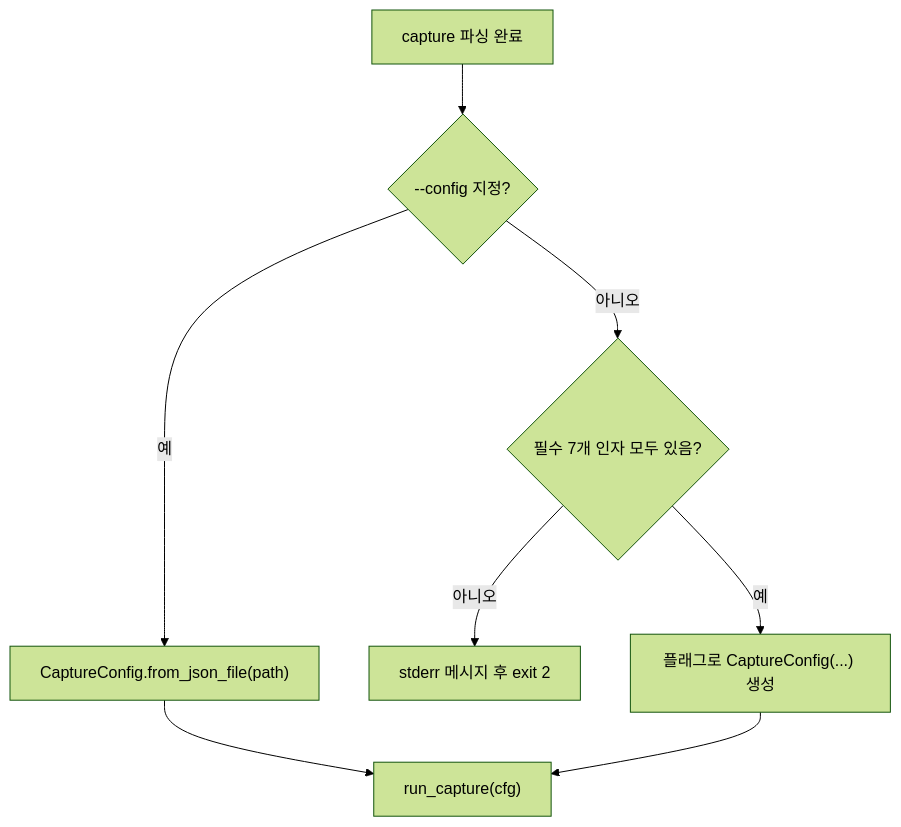
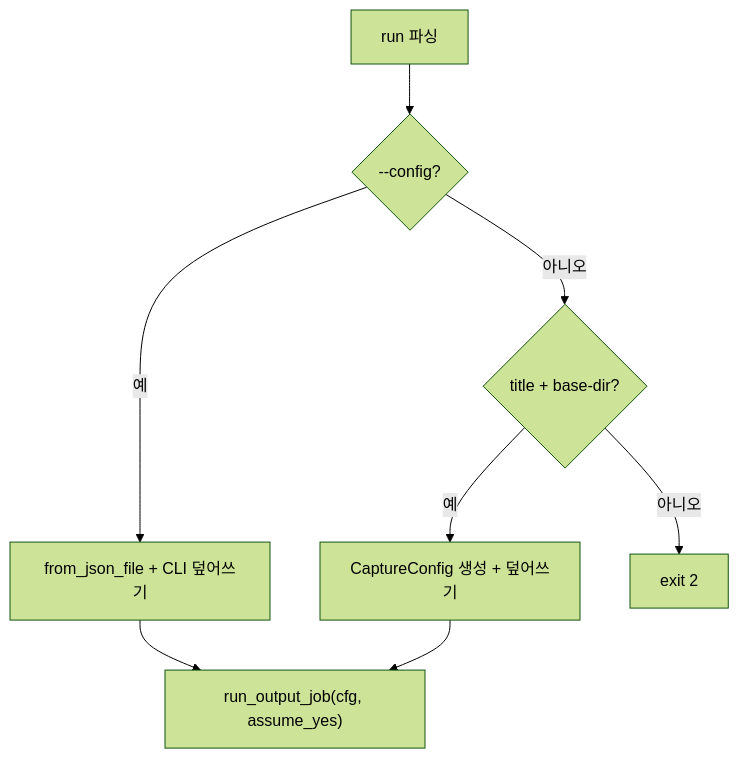
Before and after one commit to jangwonboo/ebook_capture: the second of 2 diagrams in FLOW.md, drawn with Mermaid (forest theme). The commit also changed other lines of this file and 14 other files, not shown here.

First line of the commit message:
Remove legacy CLI aliases, config modes, and outdated docs.

````diff
--- a/FLOW.md
+++ b/FLOW.md
@@ -70,10 +56,10 @@
 ```mermaid
 flowchart TD
-  A[capture 파싱 완료] --> B{--config 지정?}
-  B -->|예| C["CaptureConfig.from_json_file(path)"]
-  B -->|아니오| D{필수 7개 인자 모두 있음?}
-  D -->|아니오| E["stderr 메시지 후 exit 2"]
-  D -->|예| F["플래그로 CaptureConfig(...) 생성"]
-  C --> G["run_capture(cfg)"]
-  F --> G
+  A[run 파싱] --> B{--config?}
+  B -->|예| C["from_json_file + CLI 덮어쓰기"]
+  B -->|아니오| D{title + base-dir?}
+  D -->|예| E["CaptureConfig 생성 + 덮어쓰기"]
+  D -->|아니오| F["exit 2"]
+  C --> G["run_output_job(cfg, assume_yes)"]
+  E --> G
 ```
````
